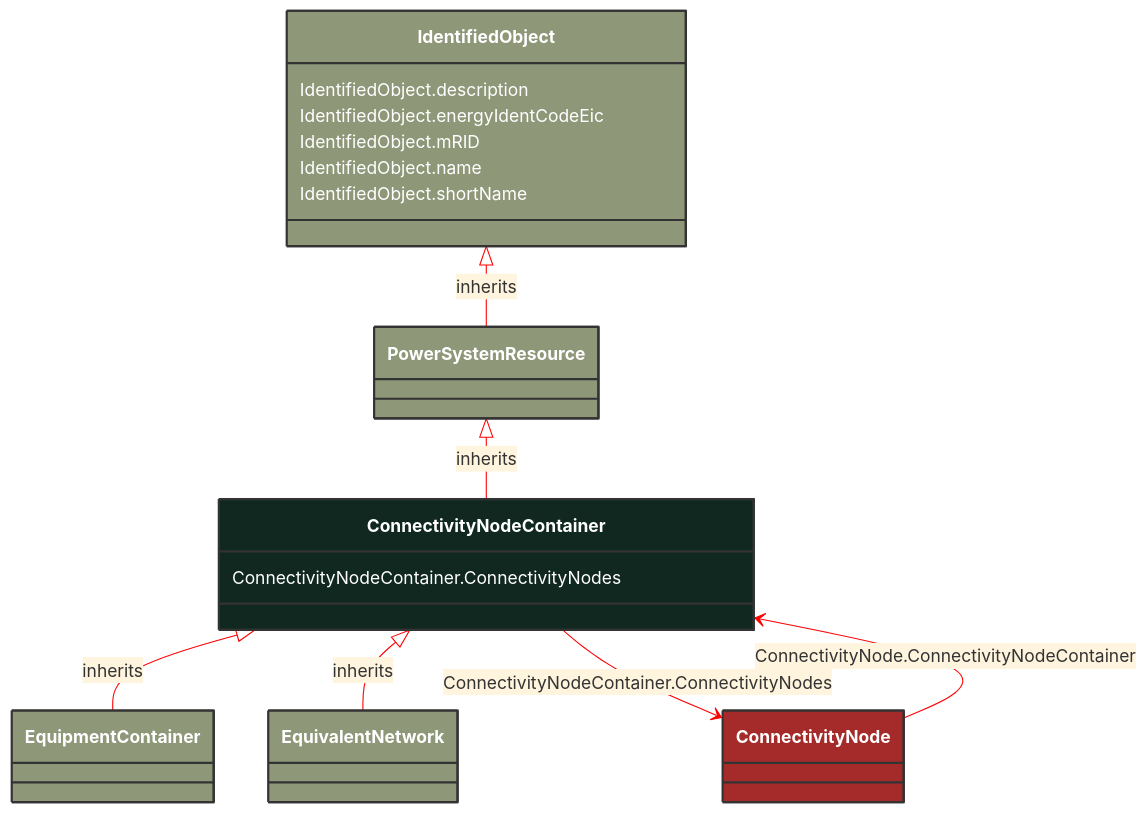
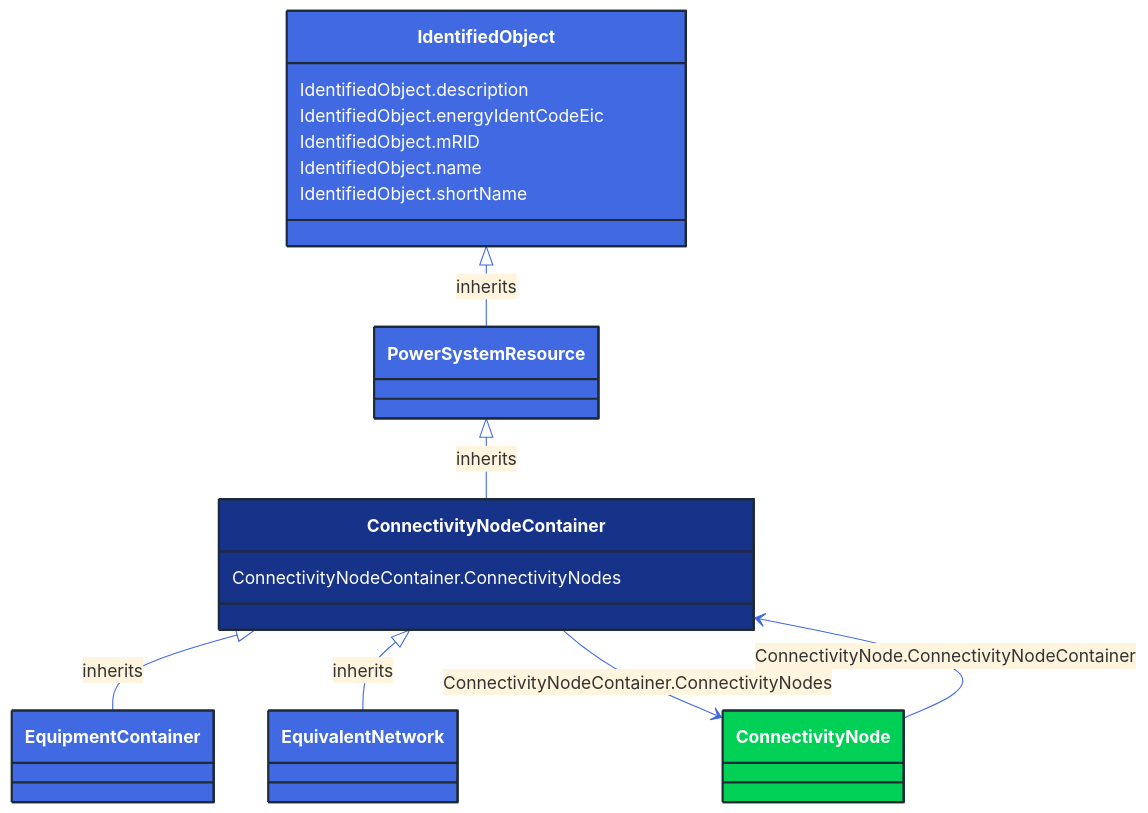
One commit to 3lbits/NoCIMExtensions changed the diagram in docs/Models/Profiles/CoreEquipment/AbstractClasses/ConnectivityNodeContainer.md. Above: the diagram before and after it, drawn with Mermaid. The commit also changed 362 other files, not shown here.

First line of the commit message:
Update diagrams and styles for improved visual consistency

````diff
--- a/docs/Models/Profiles/CoreEquipment/AbstractClasses/ConnectivityNodeContainer.md
+++ b/docs/Models/Profiles/CoreEquipment/AbstractClasses/ConnectivityNodeContainer.md
@@ -10,47 +10,47 @@
 ```mermaid
-%%{init: {'theme':'base','themeVariables': {'lineColor': '#FF0000'}}}%%
+%%{init: {'theme':'base','themeVariables': {'lineColor': '#4169E1'}}}%%
 classDiagram
     class ConnectivityNodeContainer
     click ConnectivityNodeContainer href "/Models/Profiles/CoreEquipment/AbstractClasses/ConnectivityNodeContainer/"
-    style ConnectivityNodeContainer fill:#102820,stroke:#333,stroke-width:2px,rx:10,ry:10,color:white
+    style ConnectivityNodeContainer fill:#163289,stroke:#1F2A37,stroke-width:2px,rx:10,ry:10,color:white
 
         ConnectivityNodeContainer <|-- EquipmentContainer : inherits
 
         EquipmentContainer
             click EquipmentContainer href "/Models/Profiles/CoreEquipment/AbstractClasses/EquipmentContainer/"
-            style EquipmentContainer fill:#8F9779,stroke:#333,stroke-width:2px,rx:10,ry:10,color:white
+            style EquipmentContainer fill:#4169E1,stroke:#1F2A37,stroke-width:2px,rx:10,ry:10,color:white
 
         ConnectivityNodeContainer <|-- EquivalentNetwork : inherits
 
         EquivalentNetwork
             click EquivalentNetwork href "/Models/Profiles/CoreEquipment/ConcreteClasses/EquivalentNetwork/"
-            style EquivalentNetwork fill:#8F9779,stroke:#333,stroke-width:2px,rx:10,ry:10,color:white
+            style EquivalentNetwork fill:#4169E1,stroke:#1F2A37,stroke-width:2px,rx:10,ry:10,color:white
      
         PowerSystemResource <|-- ConnectivityNodeContainer : inherits
             click PowerSystemResource href "/Models/Profiles/CoreEquipment/AbstractClasses/PowerSystemResource/"
-            style PowerSystemResource fill:#8F9779,stroke:#333,stroke-width:2px,rx:10,ry:10,color:white
+            style PowerSystemResource fill:#4169E1,stroke:#1F2A37,stroke-width:2px,rx:10,ry:10,color:white
      
         IdentifiedObject <|-- PowerSystemResource : inherits
             click IdentifiedObject href "/Models/Profiles/CoreEquipment/AbstractClasses/IdentifiedObject/"
-            style IdentifiedObject fill:#8F9779,stroke:#333,stroke-width:2px,rx:10,ry:10,color:white
+            style IdentifiedObject fill:#4169E1,stroke:#1F2A37,stroke-width:2px,rx:10,ry:10,color:white
 
         ConnectivityNodeContainer --> ConnectivityNode : ConnectivityNodeContainer.ConnectivityNodes
 
         ConnectivityNode
             click ConnectivityNode href "/Models/Profiles/CoreEquipment/AbstractClasses/ConnectivityNode/"
-            style ConnectivityNode fill:#A52A2A,stroke:#333,stroke-width:2px,rx:10,ry:10,color:white
+            style ConnectivityNode fill:#00D156,stroke:#1F2A37,stroke-width:2px,rx:10,ry:10,color:white
 
         ConnectivityNode --> ConnectivityNodeContainer : ConnectivityNode.ConnectivityNodeContainer
 
         ConnectivityNode
             click ConnectivityNode href "/Models/Profiles/CoreEquipment/AbstractClasses/ConnectivityNode/"
-            style ConnectivityNode fill:#A52A2A,stroke:#333,stroke-width:2px,rx:10,ry:10,color:white
+            style ConnectivityNode fill:#00D156,stroke:#1F2A37,stroke-width:2px,rx:10,ry:10,color:white
 
 
         ConnectivityNodeContainer : ConnectivityNodeContainer.ConnectivityNodes
         IdentifiedObject : IdentifiedObject.description
         IdentifiedObject : IdentifiedObject.energyIdentCodeEic
         IdentifiedObject : IdentifiedObject.mRID
         IdentifiedObject : IdentifiedObject.name
         IdentifiedObject : IdentifiedObject.shortName
 ```
````
